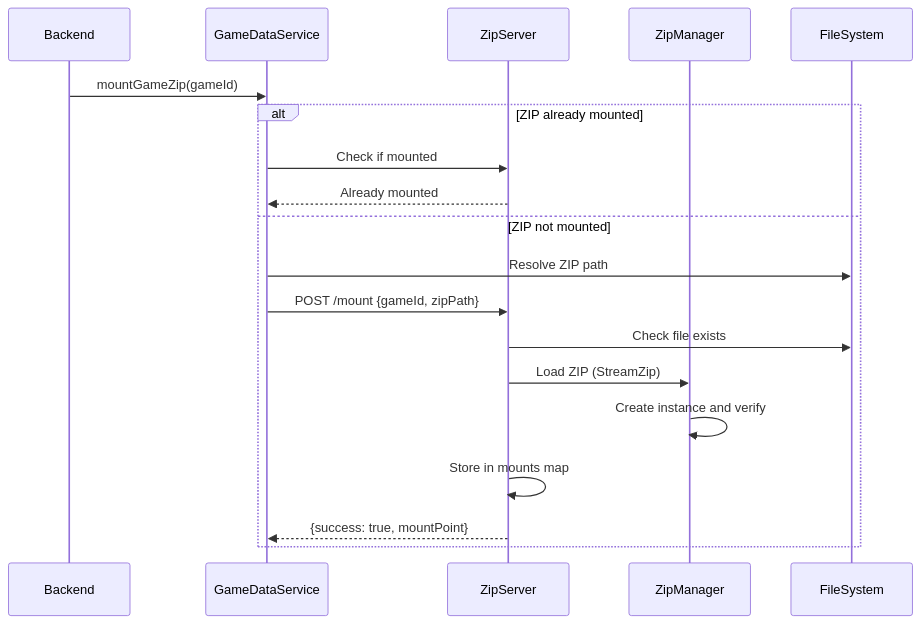
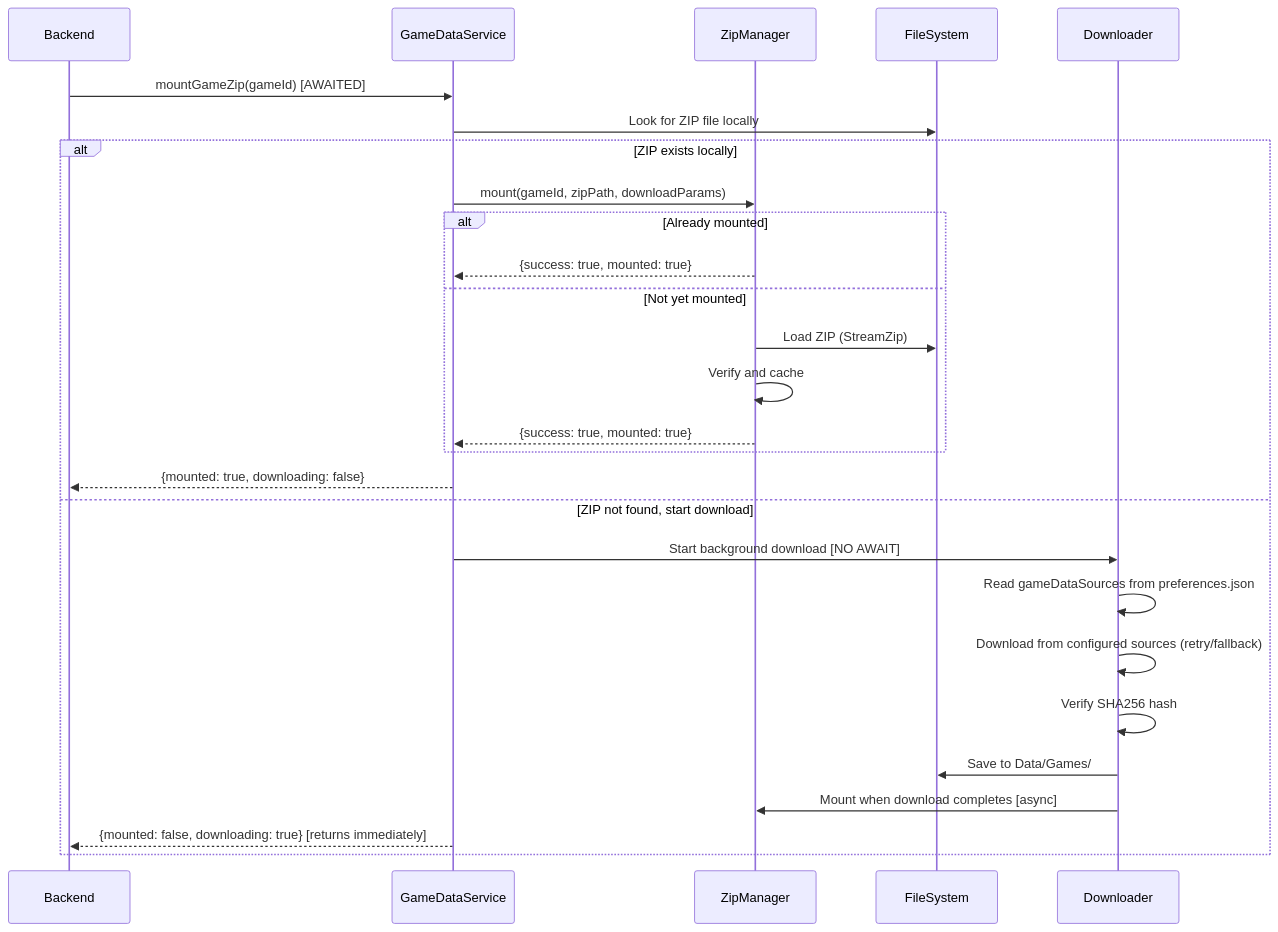
One commit to darkraise/flashpoint-web changed the third of 6 diagrams in docs/02-architecture/game-launch-flow.md. Above: the diagram before and after it, drawn with Mermaid. The commit also changed other lines of this file and 252 other files, not shown here.

````diff
--- a/docs/02-architecture/game-launch-flow.md
+++ b/docs/02-architecture/game-launch-flow.md
@@ -131,25 +160,36 @@
 ```mermaid
 sequenceDiagram
     participant Backend
     participant GameDataService
-    participant ZipServer
     participant ZipManager
     participant FileSystem
+    participant Downloader
 
-    Backend->>GameDataService: mountGameZip(gameId)
+    Backend->>GameDataService: mountGameZip(gameId) [AWAITED]
 
-    alt ZIP already mounted
-        GameDataService->>ZipServer: Check if mounted
-        ZipServer-->>GameDataService: Already mounted
-    else ZIP not mounted
-        GameDataService->>FileSystem: Resolve ZIP path
-        GameDataService->>ZipServer: POST /mount {gameId, zipPath}
+    GameDataService->>FileSystem: Look for ZIP file locally
 
-        ZipServer->>FileSystem: Check file exists
-        ZipServer->>ZipManager: Load ZIP (StreamZip)
-        ZipManager->>ZipManager: Create instance and verify
-        ZipServer->>ZipServer: Store in mounts map
+    alt ZIP exists locally
+        GameDataService->>ZipManager: mount(gameId, zipPath, downloadParams)
 
-        ZipServer-->>GameDataService: {success: true, mountPoint}
+        alt Already mounted
+            ZipManager-->>GameDataService: {success: true, mounted: true}
+        else Not yet mounted
+            ZipManager->>FileSystem: Load ZIP (StreamZip)
+            ZipManager->>ZipManager: Verify and cache
+            ZipManager-->>GameDataService: {success: true, mounted: true}
+        end
+
+        GameDataService-->>Backend: {mounted: true, downloading: false}
+    else ZIP not found, start download
+        GameDataService->>Downloader: Start background download [NO AWAIT]
+        Downloader->>Downloader: Read gameDataSources from preferences.json
+        Downloader->>Downloader: Download from configured sources (retry/fallback)
+        Downloader->>Downloader: Verify SHA256 hash
+        Downloader->>FileSystem: Save to Data/Games/
+
+        Downloader->>ZipManager: Mount when download completes [async]
+
+        GameDataService-->>Backend: {mounted: false, downloading: true} [returns immediately]
     end
 ```
````
